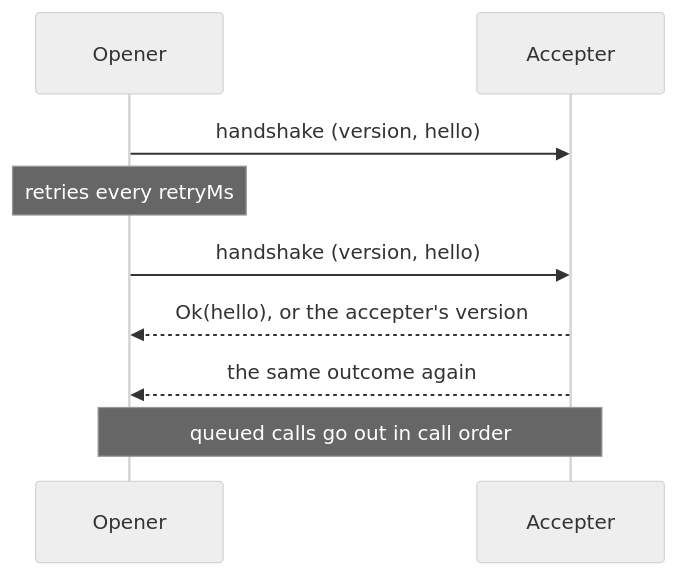
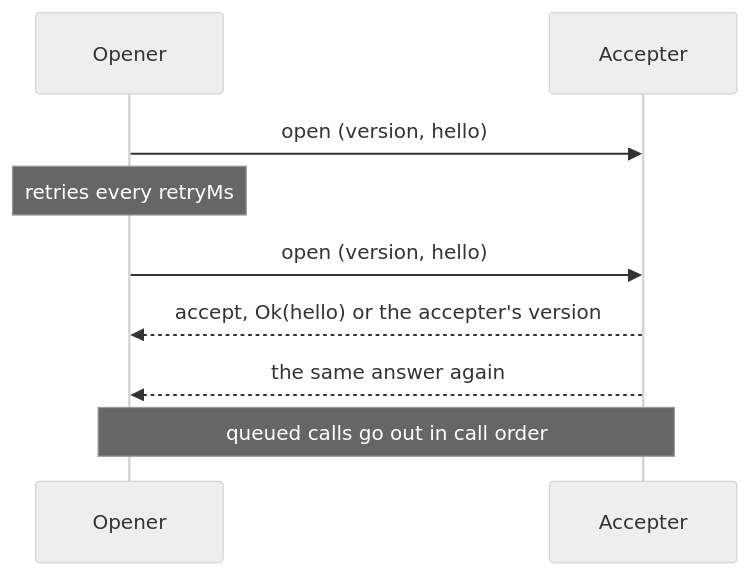
Before and after one commit to paritytech/dotli-community: the first of 3 diagrams in packages/transport/README.md, drawn with Mermaid (neutral theme). The commit also changed other lines of this file and 81 other files, not shown here.

````diff
--- a/packages/transport/README.md
+++ b/packages/transport/README.md
@@ -45,11 +38,11 @@
 ```mermaid
 sequenceDiagram
   participant O as Opener
   participant A as Accepter
-  O->>A: handshake (version, hello)
+  O->>A: open (version, hello)
   Note over O: retries every retryMs
-  O->>A: handshake (version, hello)
-  A-->>O: Ok(hello), or the accepter's version
-  A-->>O: the same outcome again
+  O->>A: open (version, hello)
+  A-->>O: accept, Ok(hello) or the accepter's version
+  A-->>O: the same answer again
   Note over O,A: queued calls go out in call order
 ```
````
